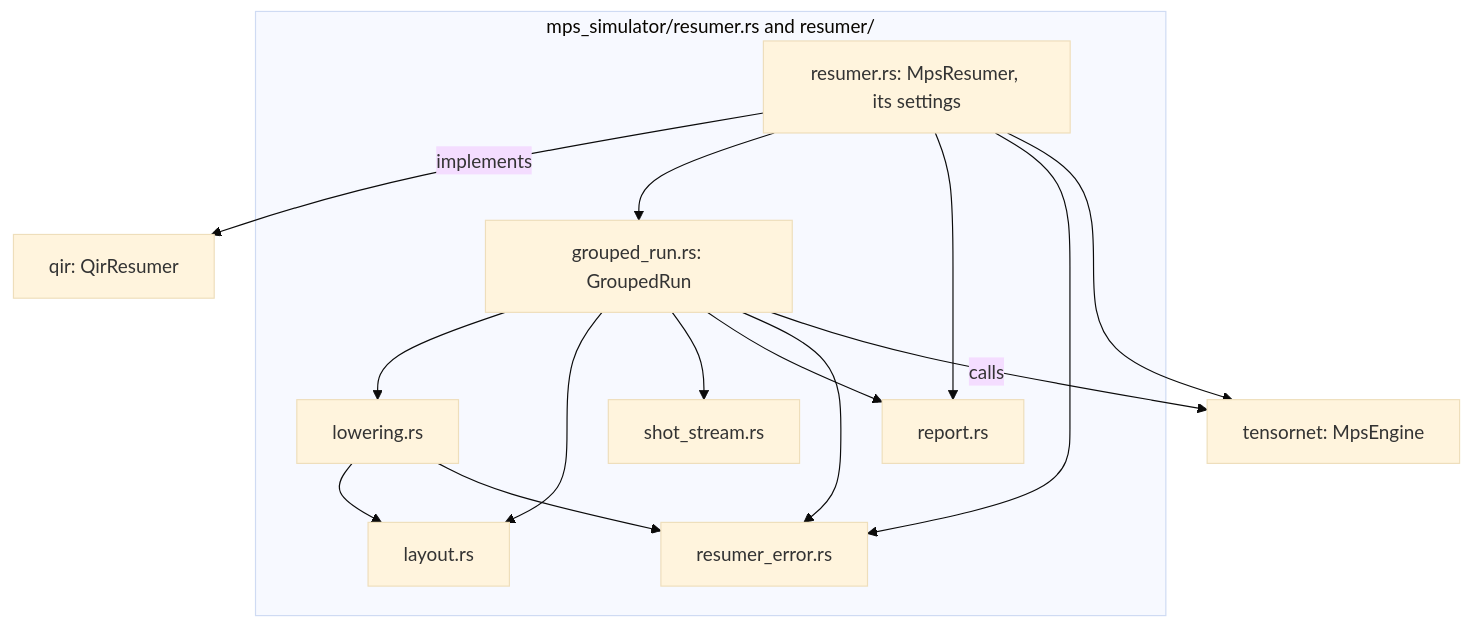
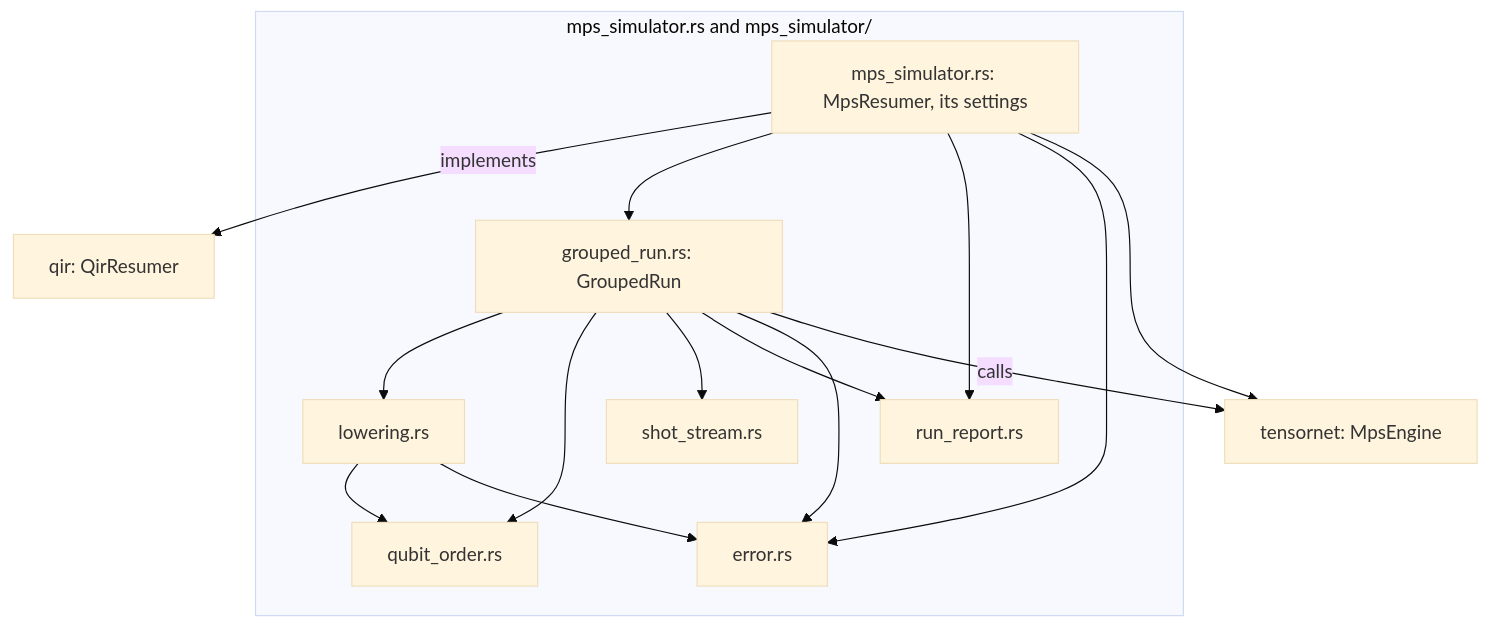
Before and after one commit to microsoft/qdk: the second of 2 diagrams in source/simulators/src/mps_simulator/README.md, drawn with Mermaid (base theme). The commit also changed other lines of this file and 15 other files, not shown here.

Commit message:
qdk_simulators: flatten the MPS simulator's resumer/ folder and name its files for their types

````diff
--- a/source/simulators/src/mps_simulator/README.md
+++ b/source/simulators/src/mps_simulator/README.md
@@ -120,20 +120,20 @@
 ```mermaid
 flowchart TD
-  subgraph resumer_dir["mps_simulator/resumer.rs and resumer/"]
-    res["resumer.rs: MpsResumer, its settings"]
+  subgraph resumer_dir["mps_simulator.rs and mps_simulator/"]
+    res["mps_simulator.rs: MpsResumer, its settings"]
     run["grouped_run.rs: GroupedRun"]
     low["lowering.rs"]
-    lay["layout.rs"]
+    lay["qubit_order.rs"]
     ss["shot_stream.rs"]
-    rep["report.rs"]
-    err["resumer_error.rs"]
+    rep["run_report.rs"]
+    err["error.rs"]
   end
   qir["qir: QirResumer"]
   tn["tensornet: MpsEngine"]
   res -->|implements| qir
   res --> run & rep & err
   res --> tn
   run --> low & lay & ss & rep & err
   low --> lay & err
   run -->|calls| tn
 ```
````
